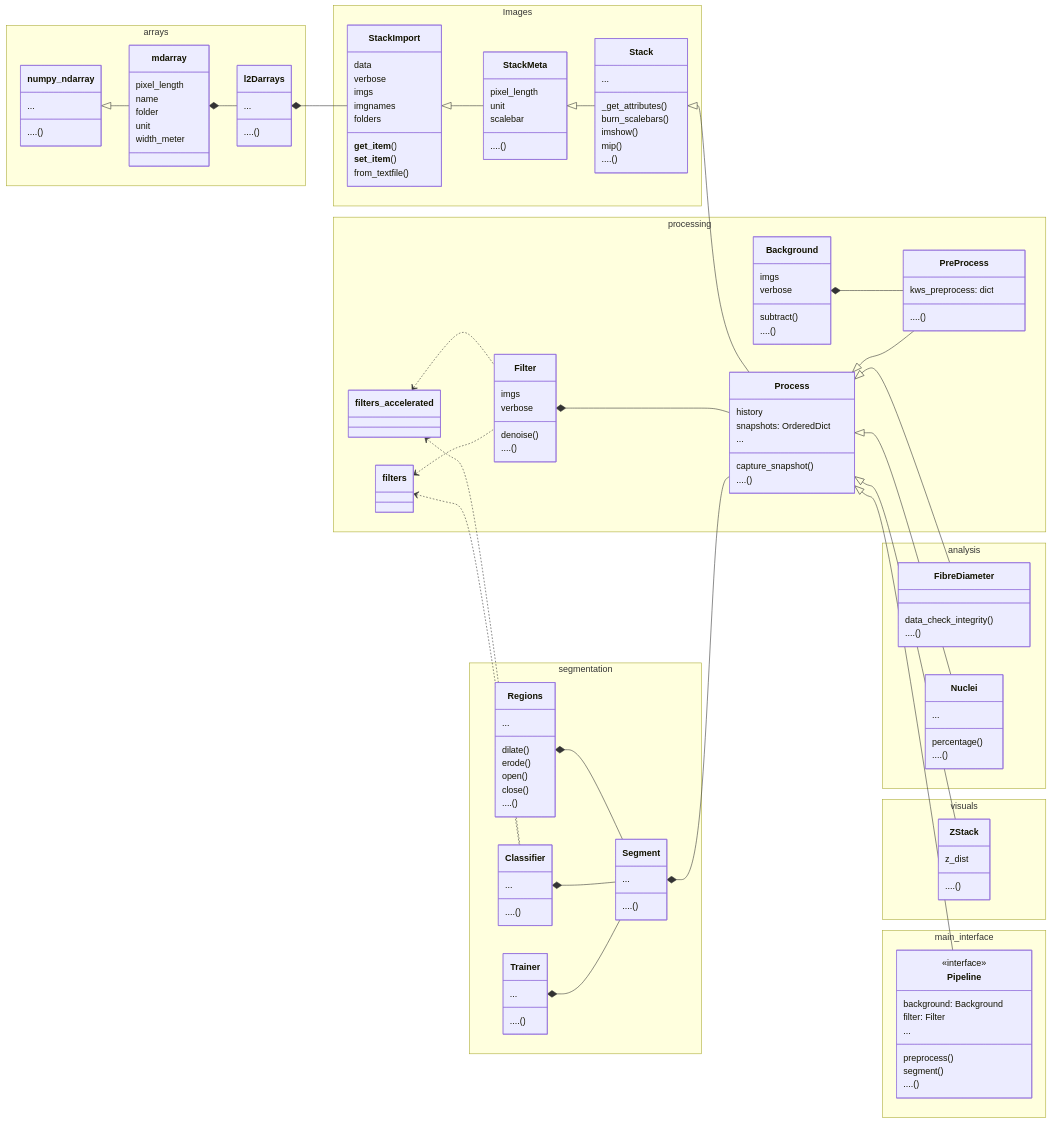
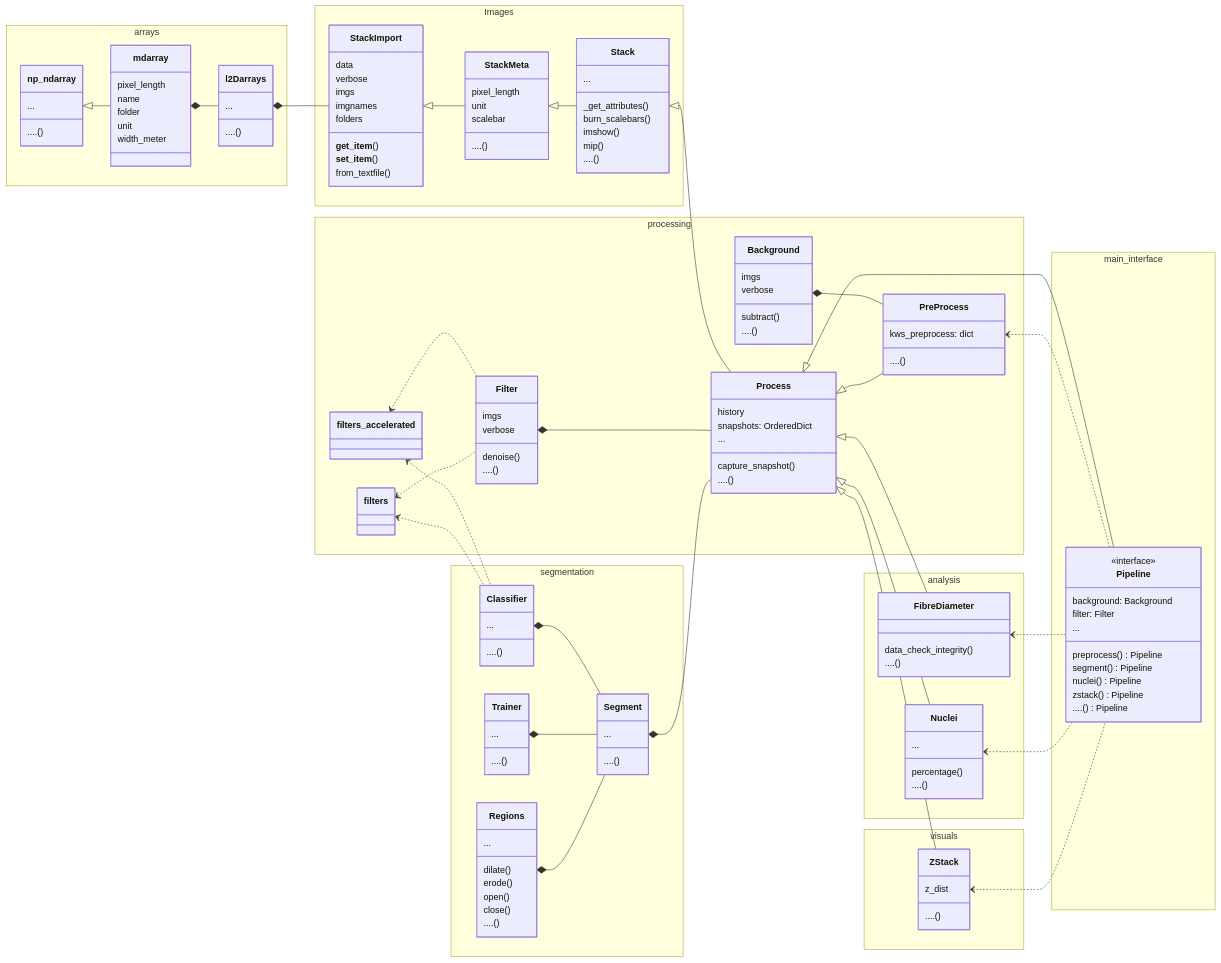
One commit to markur4/a_shg_collagen changed the diagram in README.md. Above: the diagram before and after it, drawn with Mermaid. The commit also changed other lines of this file, not shown here.

Commit message:
inheritance tree

````diff
--- a/README.md
+++ b/README.md
@@ -147,7 +147,7 @@
 classDiagram
    direction LR
    namespace arrays{
-      class numpy_ndarray{
+      class np_ndarray{
          ...
          ....()
       }
@@ -190,7 +190,7 @@
          ....()
       }
    }
-   numpy_ndarray <|-- mdarray
+   np_ndarray <|-- mdarray
    mdarray *-- l2Darrays
    l2Darrays *-- StackImport
    StackImport <|-- StackMeta
@@ -263,9 +263,9 @@
       }
    }
    Segment *-- Process
-   Regions *-- Segment 
    Classifier *-- Segment
    Trainer *-- Segment
+   Regions *-- Segment 
    
    %% == Processes: Analysis ===========================================
    namespace analysis{
@@ -301,11 +301,18 @@
          background: Background
          filter: Filter
          ...
-         preprocess()
-         segment()
-         ....()
+         preprocess() Pipeline
+         segment() Pipeline
+         nuclei() Pipeline
+         zstack() Pipeline
+         ....() Pipeline
       }
    }
    Process <|-- Pipeline
    
+   PreProcess <..  Pipeline
+   FibreDiameter <..  Pipeline
+   Nuclei <..  Pipeline
+   ZStack <..  Pipeline
+   
 ```
````
